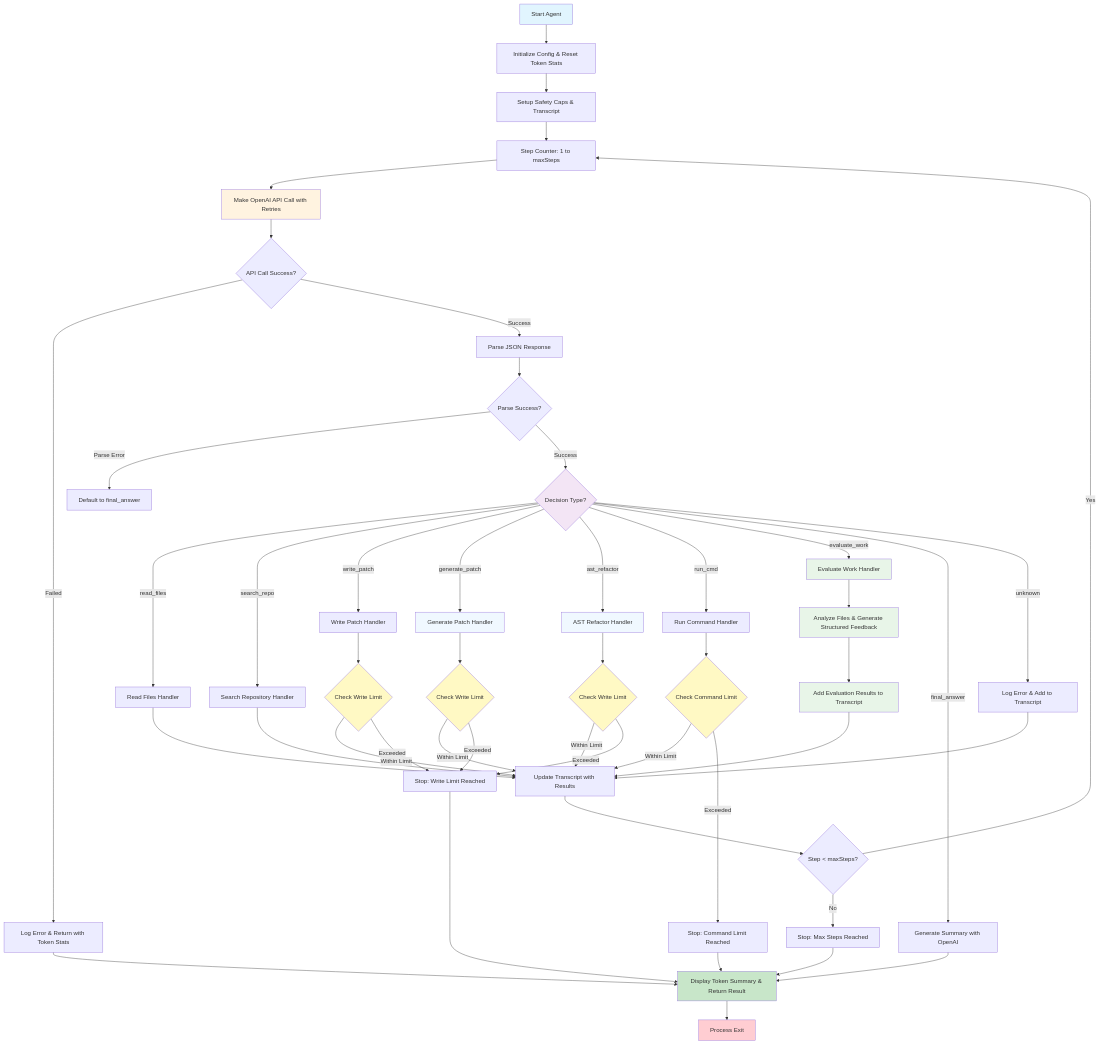
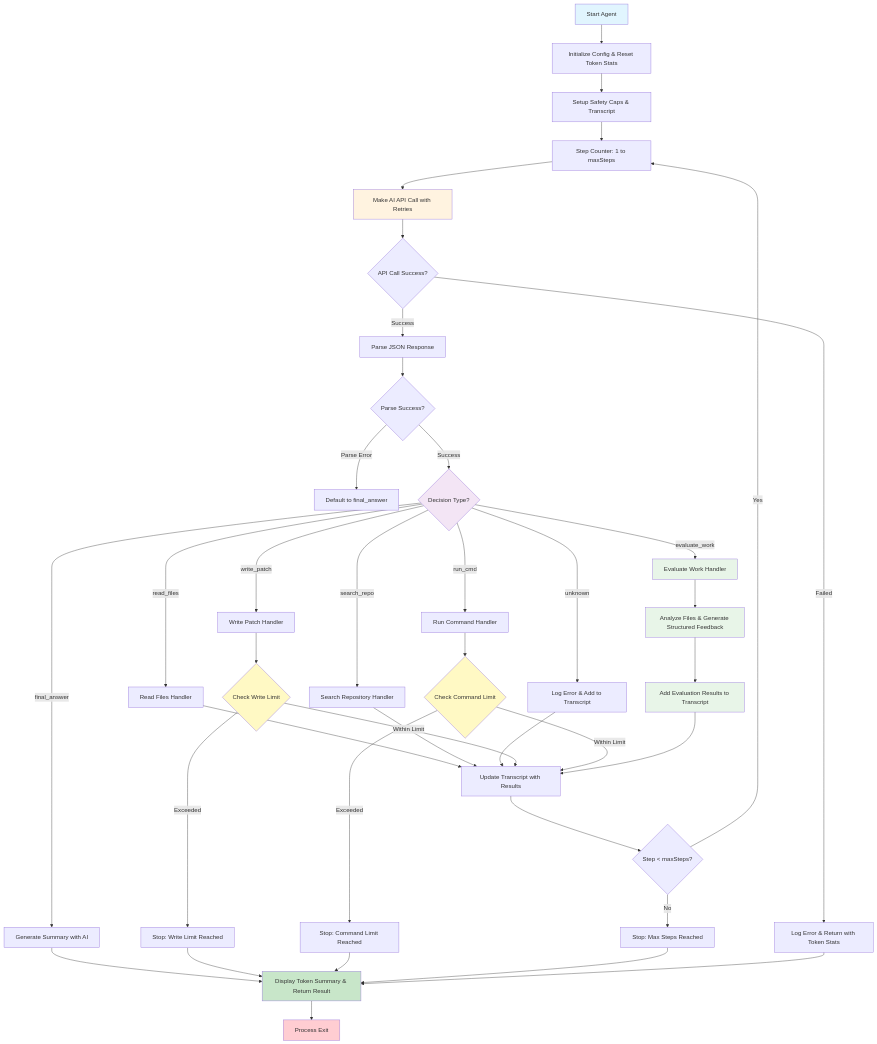
The second of 2 diagrams in readme.md (devhelpr/agent-loop), drawn with Mermaid before and after one commit. The commit also changed other lines of this file, not shown here.

Commit message:
Update readme.md to reflect new AI provider support and clarify tool functionalities
- Updated Anthropic model reference to Claude Sonnet 4.5.
- Added Ollama as a supported provider with local model examples.
- Consolidated tool descriptions and removed obsolete entries for clarity.
- Revised high-level agent loop and detailed architecture diagrams for improved accuracy.

````diff
--- a/readme.md
+++ b/readme.md
@@ -88,72 +80,60 @@
 ```mermaid
 flowchart TD
     A[Start Agent] --> B[Initialize Config & Reset Token Stats]
     B --> C[Setup Safety Caps & Transcript]
     C --> D[Step Counter: 1 to maxSteps]
-    D --> E[Make OpenAI API Call with Retries]
+    D --> E[Make AI API Call with Retries]
     
     E --> F{API Call Success?}
     F -->|Failed| G[Log Error & Return with Token Stats]
     F -->|Success| H[Parse JSON Response]
     
     H --> I{Parse Success?}
     I -->|Parse Error| J[Default to final_answer]
     I -->|Success| K{Decision Type?}
     
     K -->|read_files| L[Read Files Handler]
     K -->|search_repo| M[Search Repository Handler]
     K -->|write_patch| N[Write Patch Handler]
-    K -->|generate_patch| O[Generate Patch Handler]
-    K -->|ast_refactor| P[AST Refactor Handler]
-    K -->|run_cmd| Q[Run Command Handler]
-    K -->|evaluate_work| R[Evaluate Work Handler]
-    K -->|final_answer| S[Generate Summary with OpenAI]
-    K -->|unknown| T[Log Error & Add to Transcript]
+    K -->|run_cmd| O[Run Command Handler]
+    K -->|evaluate_work| P[Evaluate Work Handler]
+    K -->|final_answer| Q[Generate Summary with AI]
+    K -->|unknown| R[Log Error & Add to Transcript]
     
-    L --> U[Update Transcript with Results]
-    M --> U
-    N --> V{Check Write Limit}
-    O --> W{Check Write Limit}
-    P --> X{Check Write Limit}
-    Q --> Y{Check Command Limit}
-    R --> Z[Analyze Files & Generate Structured Feedback]
-    T --> U
+    L --> S[Update Transcript with Results]
+    M --> S
+    N --> T{Check Write Limit}
+    O --> U{Check Command Limit}
+    P --> V[Analyze Files & Generate Structured Feedback]
+    R --> S
     
-    V -->|Within Limit| U
-    V -->|Exceeded| AA[Stop: Write Limit Reached]
-    W -->|Within Limit| U
-    W -->|Exceeded| AA
-    X -->|Within Limit| U
-    X -->|Exceeded| AA
-    Y -->|Within Limit| U
-    Y -->|Exceeded| BB[Stop: Command Limit Reached]
+    T -->|Within Limit| S
+    T -->|Exceeded| W[Stop: Write Limit Reached]
+    U -->|Within Limit| S
+    U -->|Exceeded| X[Stop: Command Limit Reached]
     
-    Z --> CC[Add Evaluation Results to Transcript]
-    CC --> U
+    V --> Y[Add Evaluation Results to Transcript]
+    Y --> S
     
-    U --> DD{Step < maxSteps?}
-    DD -->|Yes| D
-    DD -->|No| EE[Stop: Max Steps Reached]
+    S --> Z{Step < maxSteps?}
+    Z -->|Yes| D
+    Z -->|No| AA[Stop: Max Steps Reached]
     
-    S --> FF[Display Token Summary & Return Result]
-    AA --> FF
-    BB --> FF
-    EE --> FF
-    G --> FF
-    FF --> GG[Process Exit]
+    Q --> BB[Display Token Summary & Return Result]
+    W --> BB
+    X --> BB
+    AA --> BB
+    G --> BB
+    BB --> CC[Process Exit]
     
     style A fill:#e1f5fe
-    style FF fill:#c8e6c9
-    style GG fill:#ffcdd2
+    style BB fill:#c8e6c9
+    style CC fill:#ffcdd2
     style E fill:#fff3e0
     style K fill:#f3e5f5
-    style R fill:#e8f5e8
-    style Z fill:#e8f5e8
-    style CC fill:#e8f5e8
-    style V fill:#fff9c4
-    style W fill:#fff9c4
-    style X fill:#fff9c4
-    style Y fill:#fff9c4
-    style O fill:#f0f8ff
-    style P fill:#f0f8ff
+    style P fill:#e8f5e8
+    style V fill:#e8f5e8
+    style Y fill:#e8f5e8
+    style T fill:#fff9c4
+    style U fill:#fff9c4
 ```
````
